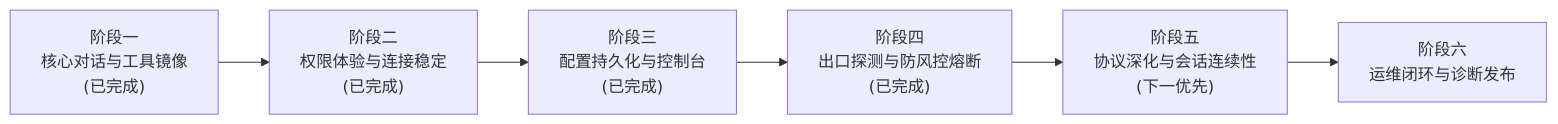
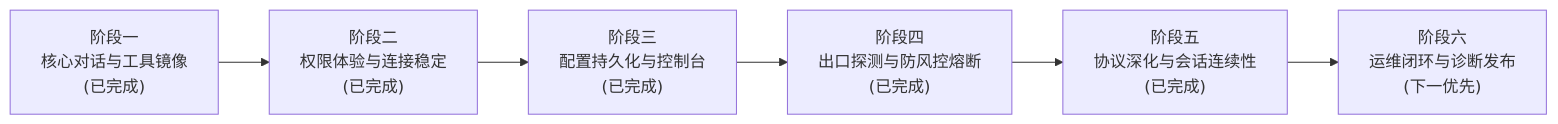
The diagram in docs/roadmap.md (MorseWayne/dsh-agy-acp), drawn with Mermaid before and after one commit. The commit also changed other lines of this file, not shown here.

Commit message:
docs(roadmap): mark phase 5 completed

````diff
--- a/docs/roadmap.md
+++ b/docs/roadmap.md
@@ -21,11 +21,11 @@
 ```mermaid
 flowchart LR
   P1["阶段一\n核心对话与工具镜像\n(已完成)"]
   P2["阶段二\n权限体验与连接稳定\n(已完成)"]
   P3["阶段三\n配置持久化与控制台\n(已完成)"]
   P4["阶段四\n出口探测与防风控熔断\n(已完成)"]
-  P5["阶段五\n协议深化与会话连续性\n(下一优先)"]
-  P6["阶段六\n运维闭环与诊断发布"]
+  P5["阶段五\n协议深化与会话连续性\n(已完成)"]
+  P6["阶段六\n运维闭环与诊断发布\n(下一优先)"]
 
   P1 --> P2 --> P3 --> P4 --> P5 --> P6
 ```
````
